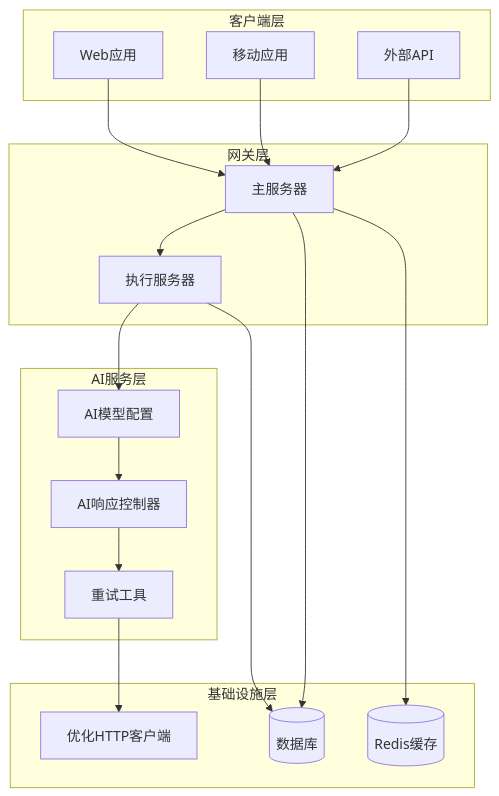
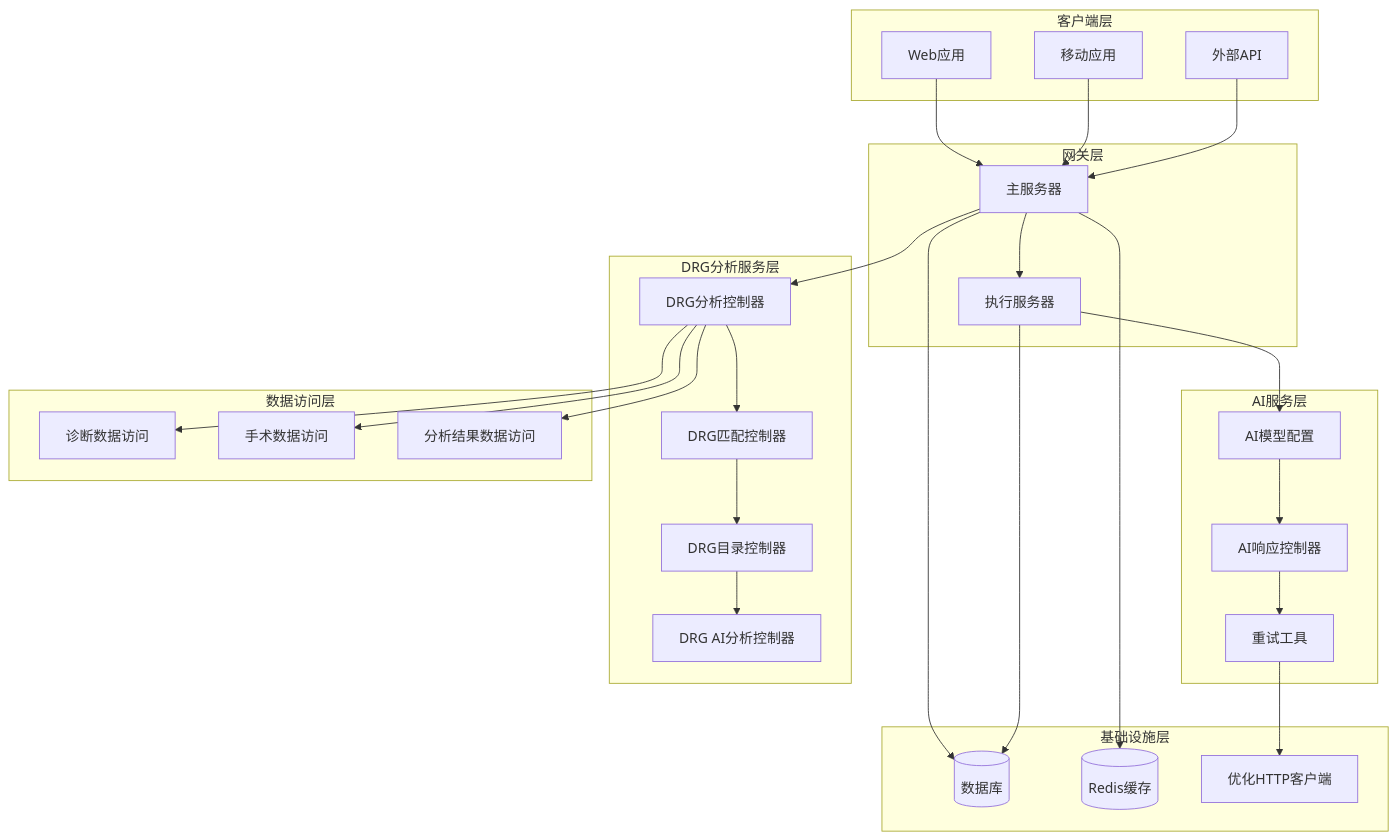
Before and after one commit to liuzh2008/med_ai_assistant_workspace: the first of 17 diagrams in .qoder/repowiki/zh/content/核心功能模块/DRG分析系统增强.md, drawn with Mermaid. The commit also changed other lines of this file and 1 other file, not shown here.

````diff
--- a/.qoder/repowiki/zh/content/核心功能模块/DRG分析系统增强.md
+++ b/.qoder/repowiki/zh/content/核心功能模块/DRG分析系统增强.md
@@ -47,33 +91,51 @@
 ```mermaid
 graph TB
 subgraph "客户端层"
 WebApp[Web应用]
 MobileApp[移动应用]
 API[外部API]
 end
 subgraph "网关层"
 MainServer[主服务器]
 ExecutionServer[执行服务器]
 end
 subgraph "AI服务层"
 AIModelConfig[AI模型配置]
 AIResponseController[AI响应控制器]
 RetryUtil[重试工具]
 end
+subgraph "DRG分析服务层"
+DrgAnalysisController[DRG分析控制器]
+DrgMatchingController[DRG匹配控制器]
+DrgCatalogController[DRG目录控制器]
+DrgAiAnalysisController[DRG AI分析控制器]
+end
+subgraph "数据访问层"
+DiagnosisRepository[诊断数据访问]
+SurgeryRepository[手术数据访问]
+DrgAnalysisResultRepository[分析结果数据访问]
+end
 subgraph "基础设施层"
 Database[(数据库)]
 Redis[(Redis缓存)]
 HttpClient[优化HTTP客户端]
 end
 WebApp --> MainServer
 MobileApp --> MainServer
 API --> MainServer
 MainServer --> ExecutionServer
 ExecutionServer --> AIModelConfig
 AIModelConfig --> AIResponseController
 AIResponseController --> RetryUtil
 RetryUtil --> HttpClient
+MainServer --> DrgAnalysisController
+DrgAnalysisController --> DrgMatchingController
+DrgMatchingController --> DrgCatalogController
+DrgCatalogController --> DrgAiAnalysisController
+DrgAnalysisController --> DiagnosisRepository
+DrgAnalysisController --> SurgeryRepository
+DrgAnalysisController --> DrgAnalysisResultRepository
 MainServer --> Database
 MainServer --> Redis
 ExecutionServer --> Database
 ```
````
